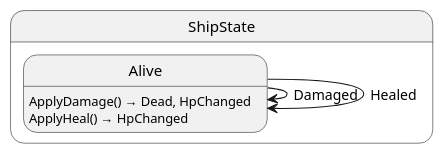
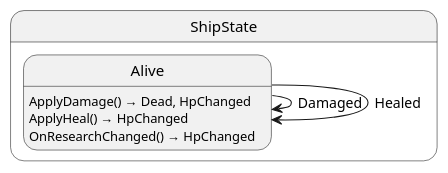
The diagram in src/ship/state/ShipLogic.g.puml (Ygoat/EternalJourney), drawn with PlantUML before and after one commit. The commit also changed 55 other files, not shown here.

```diff
--- a/src/ship/state/ShipLogic.g.puml
+++ b/src/ship/state/ShipLogic.g.puml
@@ -1,11 +1,12 @@
 @startuml ShipState
 state "ShipState" as EternalJourney_Ship_State_ShipState {
   state "Alive" as EternalJourney_Ship_State_ShipState_Alive
 }
 
 EternalJourney_Ship_State_ShipState_Alive --> EternalJourney_Ship_State_ShipState_Alive : Damaged
 EternalJourney_Ship_State_ShipState_Alive --> EternalJourney_Ship_State_ShipState_Alive : Healed
 
 EternalJourney_Ship_State_ShipState_Alive : ApplyDamage() → Dead, HpChanged
 EternalJourney_Ship_State_ShipState_Alive : ApplyHeal() → HpChanged
+EternalJourney_Ship_State_ShipState_Alive : OnResearchChanged() → HpChanged
 @enduml
```
